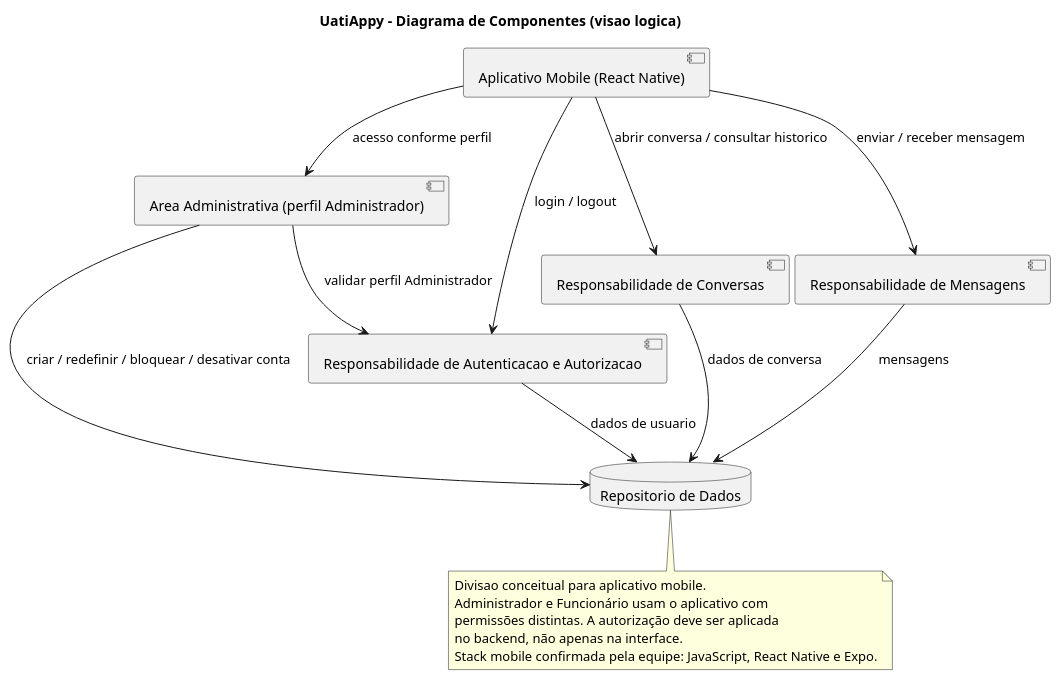
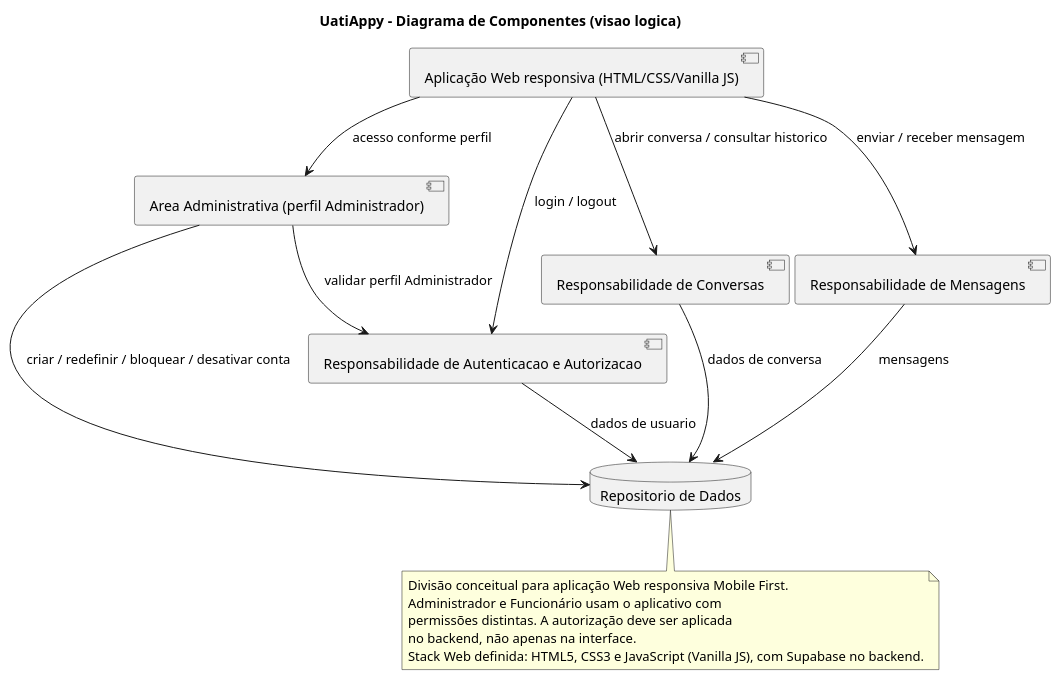
The second of 10 diagrams in Docs/requisitos/escopo-mvp.md (daviwanziler/uatiappy-vdois), drawn with PlantUML before and after one commit. The commit also changed other lines of this file, not shown here.

Commit message:
docs(architecture): adopt Web Mobile First decision

````diff
--- a/Docs/requisitos/escopo-mvp.md
+++ b/Docs/requisitos/escopo-mvp.md
@@ -275,30 +275,30 @@
 ```plantuml
 @startuml
 title UatiAppy - Diagrama de Componentes (visao logica)
 
-component "Aplicativo Mobile (React Native)" as UI
+component "Aplicação Web responsiva (HTML/CSS/Vanilla JS)" as UI
 component "Area Administrativa (perfil Administrador)" as ADMINUI
 component "Responsabilidade de Autenticacao e Autorizacao" as AUTH
 component "Responsabilidade de Conversas" as CONV
 component "Responsabilidade de Mensagens" as MSG
 database "Repositorio de Dados" as DATA
 
 UI --> AUTH : login / logout
 UI --> ADMINUI : acesso conforme perfil
 ADMINUI --> AUTH : validar perfil Administrador
 ADMINUI --> DATA : criar / redefinir / bloquear / desativar conta
 UI --> CONV : abrir conversa / consultar historico
 UI --> MSG : enviar / receber mensagem
 AUTH --> DATA : dados de usuario
 CONV --> DATA : dados de conversa
 MSG --> DATA : mensagens
 
 note bottom
-  Divisao conceitual para aplicativo mobile.
+  Divisão conceitual para aplicação Web responsiva Mobile First.
   Administrador e Funcionário usam o aplicativo com
   permissões distintas. A autorização deve ser aplicada
   no backend, não apenas na interface.
-  Stack mobile confirmada pela equipe: JavaScript, React Native e Expo.
+  Stack Web definida: HTML5, CSS3 e JavaScript (Vanilla JS), com Supabase no backend.
 end note
 @enduml
 ```
````
